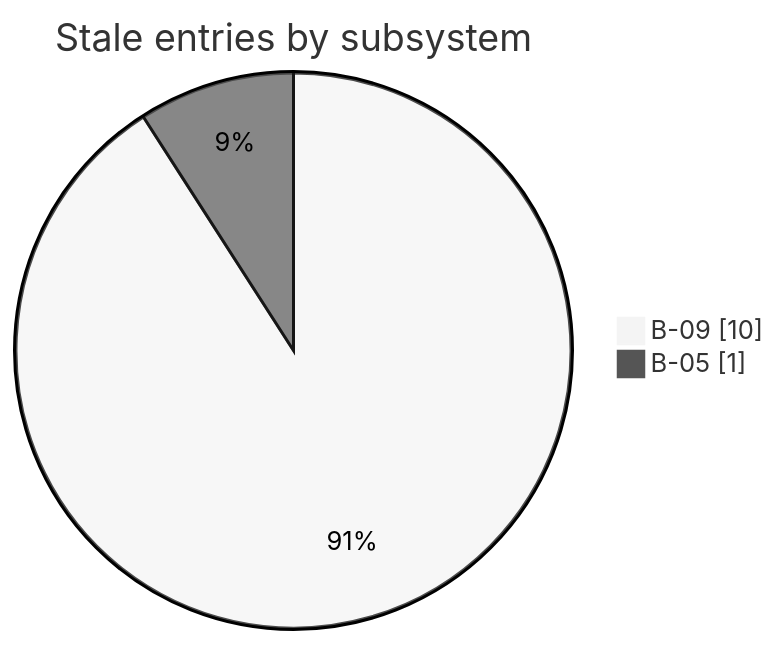
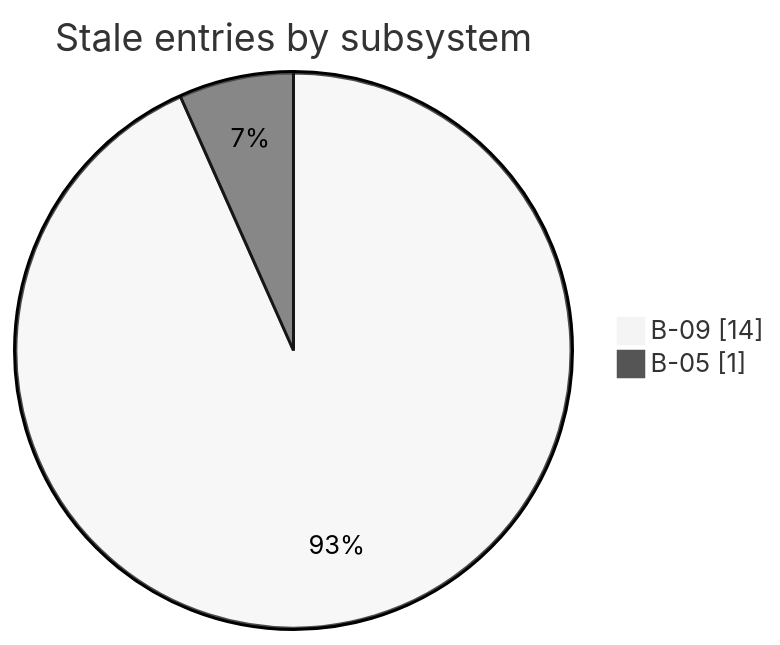
The diagram in docs/architecture.md (nfeldman/amanuensis), drawn with Mermaid (neutral theme) before and after one commit. The commit also changed 50 other files, not shown here.

````diff
--- a/docs/architecture.md
+++ b/docs/architecture.md
@@ -29,6 +29,6 @@
 ```mermaid
 pie showData
     title Stale entries by subsystem
-    "B-09" : 10
+    "B-09" : 14
     "B-05" : 1
 ```
````
